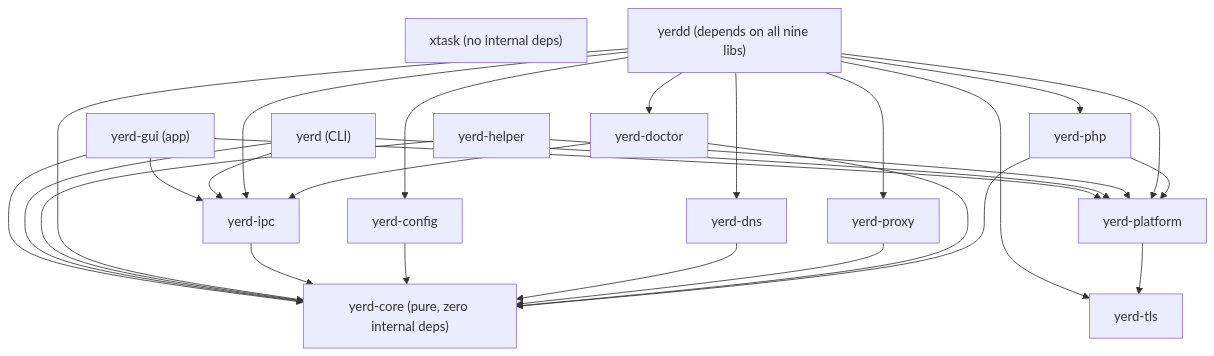
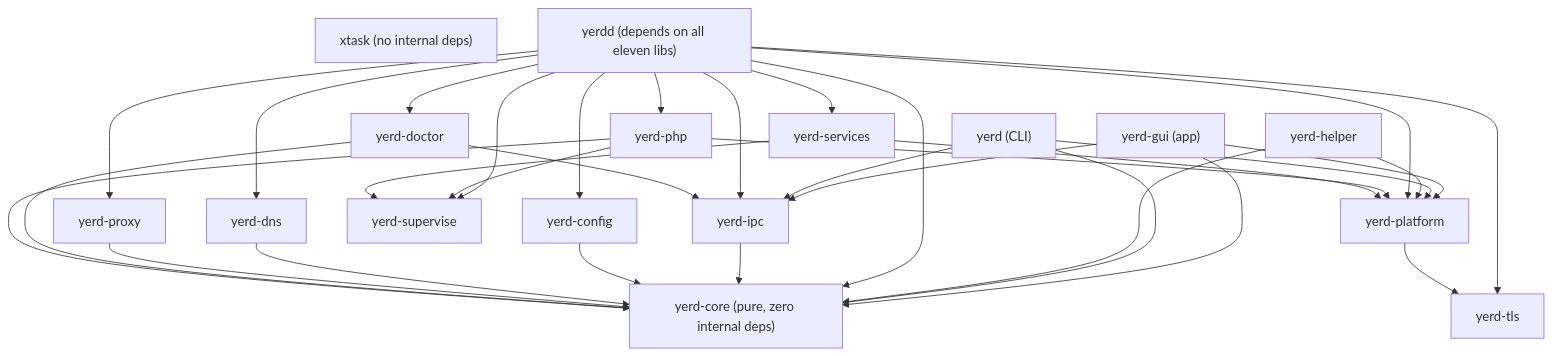
The diagram in docs/developer/crates.md (forjedio/yerd), drawn with Mermaid before and after one commit. The commit also changed other lines of this file and 21 other files, not shown here.

````diff
--- a/docs/developer/crates.md
+++ b/docs/developer/crates.md
@@ -68,49 +70,56 @@
 ```mermaid
 flowchart TD
     gui["yerd-gui (app)"]
     xtask["xtask (no internal deps)"]
     yerd["yerd (CLI)"]
-    yerdd["yerdd (depends on all nine libs)"]
+    yerdd["yerdd (depends on all eleven libs)"]
     helper["yerd-helper"]
 
     ipc["yerd-ipc"]
     config["yerd-config"]
     dns["yerd-dns"]
     proxy["yerd-proxy"]
     php["yerd-php"]
+    services["yerd-services"]
+    supervise["yerd-supervise"]
     doctor["yerd-doctor"]
     tls["yerd-tls"]
     platform["yerd-platform"]
     core["yerd-core (pure, zero internal deps)"]
 
     gui --> core
     gui --> ipc
     gui --> platform
 
     yerd --> core
     yerd --> ipc
     yerd --> platform
 
     helper --> core
     helper --> platform
 
     yerdd --> core
     yerdd --> config
     yerdd --> ipc
     yerdd --> tls
     yerdd --> platform
     yerdd --> dns
     yerdd --> php
+    yerdd --> services
+    yerdd --> supervise
     yerdd --> proxy
     yerdd --> doctor
 
     ipc --> core
     config --> core
     dns --> core
     proxy --> core
     doctor --> core
     doctor --> ipc
     php --> core
     php --> platform
+    php --> supervise
+    services --> platform
+    services --> supervise
     platform --> tls
 ```
````
